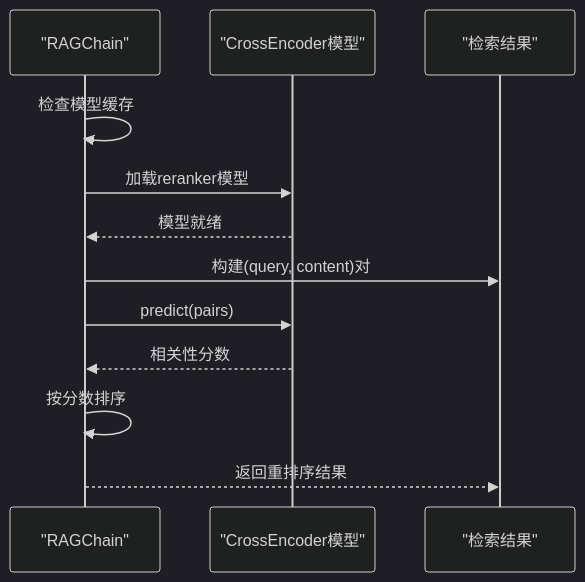
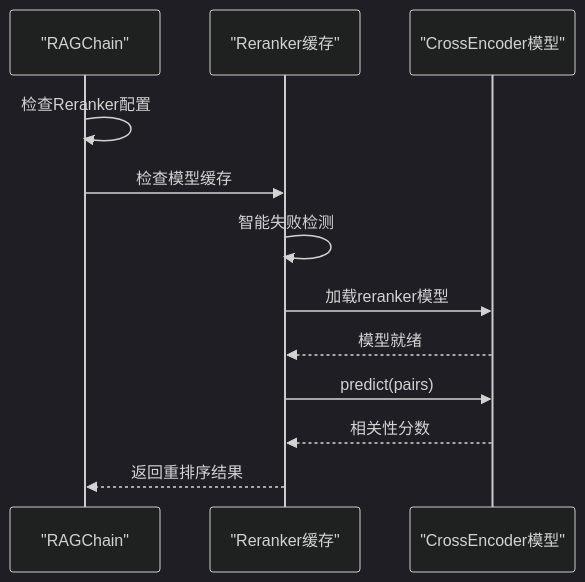
Before and after one commit to joyafa/knowledge: the eighth of 11 diagrams in .qoder/repowiki/zh/content/RAG核心引擎/RAG检索链实现/RAG检索链实现.md, drawn with Mermaid (dark theme). The commit also changed other lines of this file and 16 other files, not shown here.

````diff
--- a/.qoder/repowiki/zh/content/RAG核心引擎/RAG检索链实现/RAG检索链实现.md
+++ b/.qoder/repowiki/zh/content/RAG核心引擎/RAG检索链实现/RAG检索链实现.md
@@ -287,14 +311,14 @@
 ```mermaid
 sequenceDiagram
 participant Chain as "RAGChain"
+participant Cache as "Reranker缓存"
 participant Model as "CrossEncoder模型"
-participant Results as "检索结果"
-Chain->>Chain : 检查模型缓存
-Chain->>Model : 加载reranker模型
-Model-->>Chain : 模型就绪
-Chain->>Results : 构建(query, content)对
-Chain->>Model : predict(pairs)
-Model-->>Chain : 相关性分数
-Chain->>Chain : 按分数排序
-Chain-->>Results : 返回重排序结果
+Chain->>Chain : 检查Reranker配置
+Chain->>Cache : 检查模型缓存
+Cache->>Cache : 智能失败检测
+Cache->>Model : 加载reranker模型
+Model-->>Cache : 模型就绪
+Cache->>Model : predict(pairs)
+Model-->>Cache : 相关性分数
+Cache-->>Chain : 返回重排序结果
 ```
````
